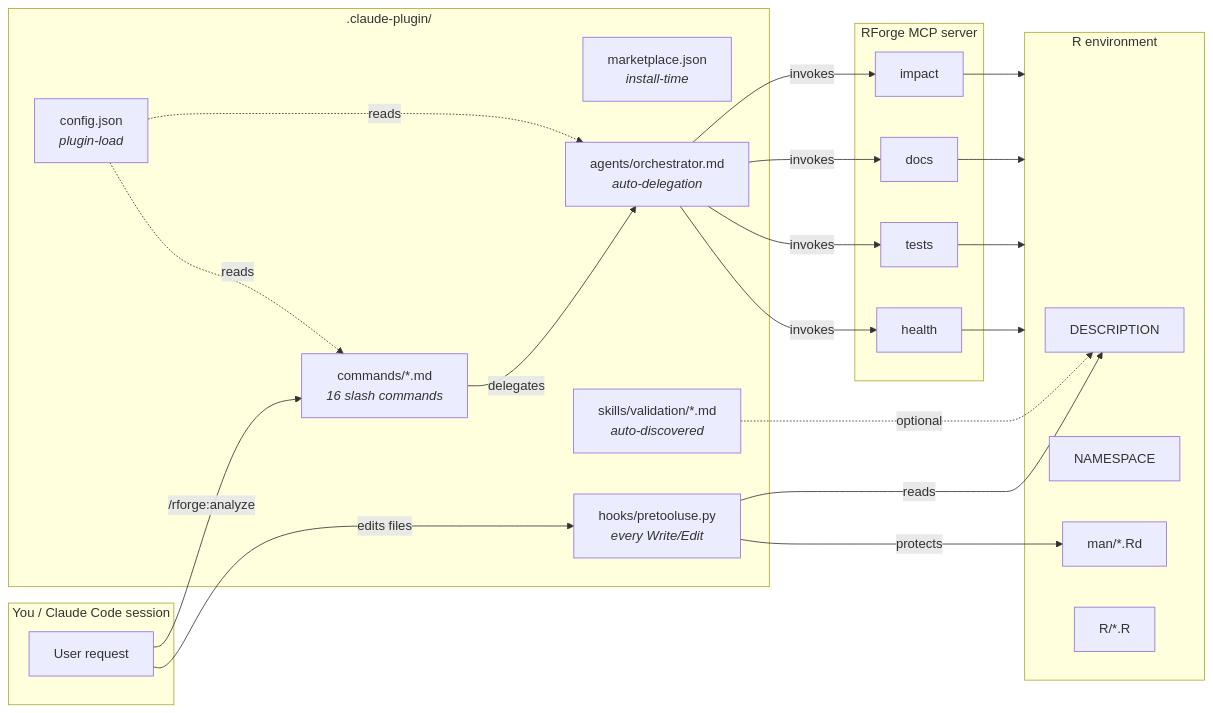
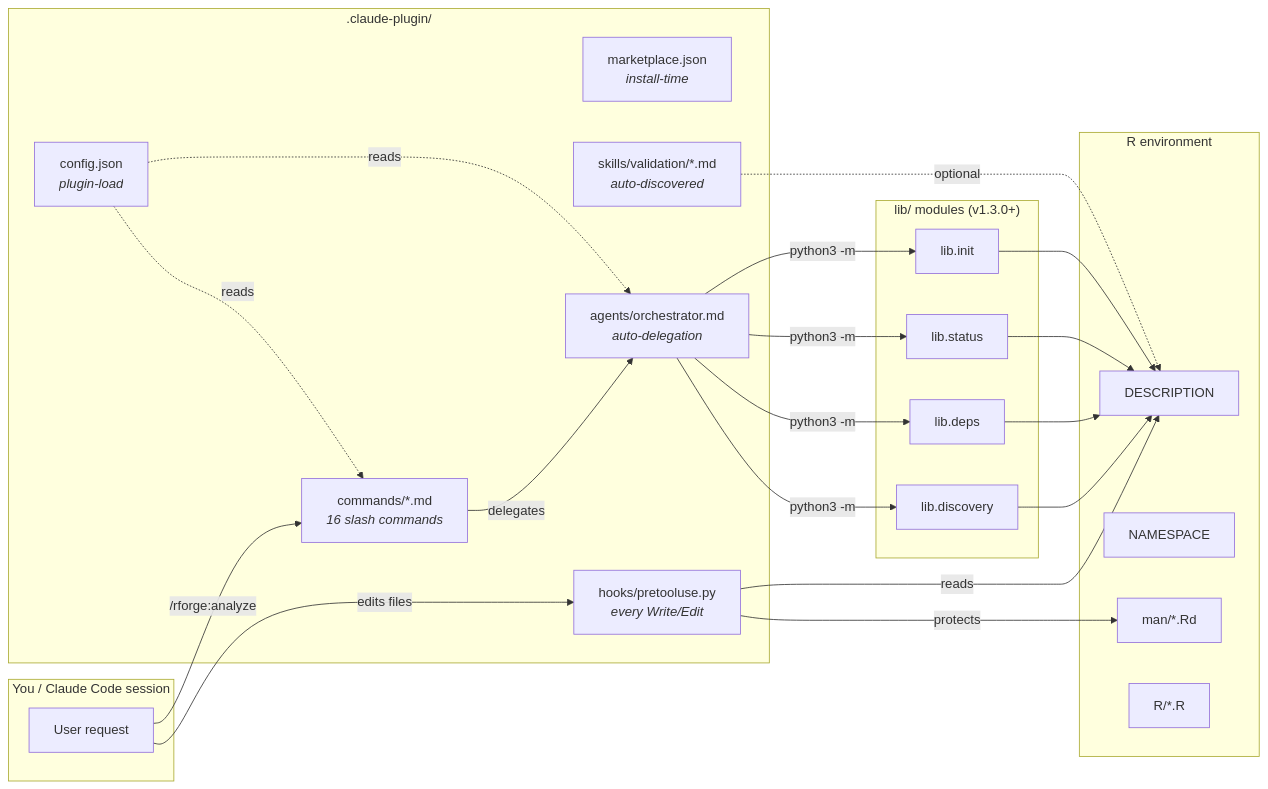
Before and after one commit to Data-Wise/rforge: the first of 2 diagrams in docs/architecture.md, drawn with Mermaid. The commit also changed other lines of this file and 4 other files, not shown here.

````diff
--- a/docs/architecture.md
+++ b/docs/architecture.md
@@ -18,46 +22,46 @@
 ```mermaid
 graph LR
     subgraph User["You / Claude Code session"]
         UR[User request]
     end
 
     subgraph Plugin[".claude-plugin/"]
         MP[marketplace.json<br/><i>install-time</i>]
         CFG[config.json<br/><i>plugin-load</i>]
         CMD[commands/*.md<br/><i>16 slash commands</i>]
         AGT[agents/orchestrator.md<br/><i>auto-delegation</i>]
         HK[hooks/pretooluse.py<br/><i>every Write/Edit</i>]
         SK[skills/validation/*.md<br/><i>auto-discovered</i>]
     end
 
-    subgraph MCP["RForge MCP server"]
-        T1[health]
-        T2[tests]
-        T3[docs]
-        T4[impact]
+    subgraph LIB["lib/ modules (v1.3.0+)"]
+        L1[lib.discovery]
+        L2[lib.deps]
+        L3[lib.status]
+        L4[lib.init]
     end
 
     subgraph R["R environment"]
         DESCR[DESCRIPTION]
         NS[NAMESPACE]
         RD[man/*.Rd]
         SRC[R/*.R]
     end
 
     UR -->|/rforge:analyze| CMD
     UR -->|edits files| HK
     HK -->|reads| DESCR
     HK -->|protects| RD
     CMD -->|delegates| AGT
-    AGT -->|invokes| T1
-    AGT -->|invokes| T2
-    AGT -->|invokes| T3
-    AGT -->|invokes| T4
-    T1 --> R
-    T2 --> R
-    T3 --> R
-    T4 --> R
+    AGT -->|python3 -m| L1
+    AGT -->|python3 -m| L2
+    AGT -->|python3 -m| L3
+    AGT -->|python3 -m| L4
+    L1 --> DESCR
+    L2 --> DESCR
+    L3 --> DESCR
+    L4 --> DESCR
     SK -.->|optional| DESCR
     CFG -.->|reads| CMD
     CFG -.->|reads| AGT
 ```
````
